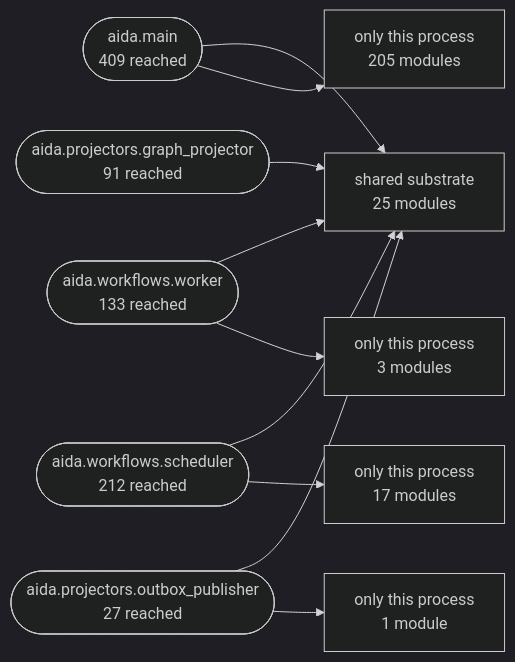
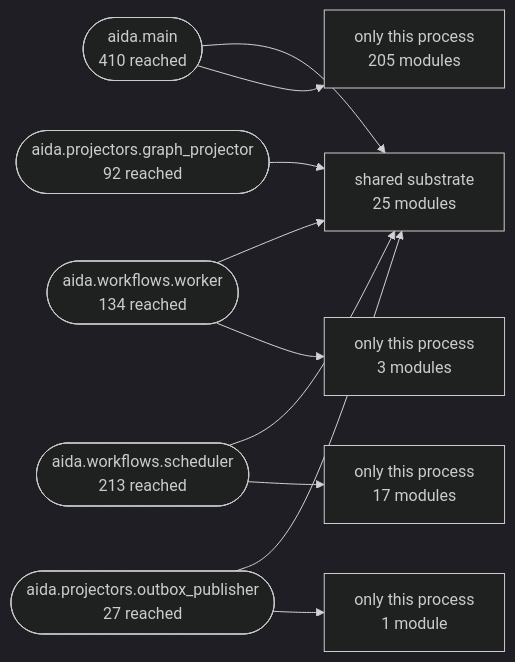
The second of 3 diagrams in Docs/10-architecture/14-generated-architecture-map.md (karuppusamym/AIDataAnalyst), drawn with Mermaid (dark theme) before and after one commit. The commit also changed other lines of this file and 10 other files, not shown here.

````diff
--- a/Docs/10-architecture/14-generated-architecture-map.md
+++ b/Docs/10-architecture/14-generated-architecture-map.md
@@ -179,22 +179,22 @@
 ```mermaid
 graph LR
   shared["shared substrate<br/>25 modules"]
-  aida_main(["aida.main<br/>409 reached"])
-  aida_workflows_worker(["aida.workflows.worker<br/>133 reached"])
-  aida_workflows_scheduler(["aida.workflows.scheduler<br/>212 reached"])
-  aida_projectors_graph_projector(["aida.projectors.graph_projector<br/>91 reached"])
+  aida_main(["aida.main<br/>410 reached"])
+  aida_workflows_worker(["aida.workflows.worker<br/>134 reached"])
+  aida_workflows_scheduler(["aida.workflows.scheduler<br/>213 reached"])
+  aida_projectors_graph_projector(["aida.projectors.graph_projector<br/>92 reached"])
   aida_projectors_outbox_publisher(["aida.projectors.outbox_publisher<br/>27 reached"])
   aida_main --> shared
   only_aida_main["only this process<br/>205 modules"]
   aida_main --> only_aida_main
   aida_workflows_worker --> shared
   only_aida_workflows_worker["only this process<br/>3 modules"]
   aida_workflows_worker --> only_aida_workflows_worker
   aida_workflows_scheduler --> shared
   only_aida_workflows_scheduler["only this process<br/>17 modules"]
   aida_workflows_scheduler --> only_aida_workflows_scheduler
   aida_projectors_graph_projector --> shared
   aida_projectors_outbox_publisher --> shared
   only_aida_projectors_outbox_publisher["only this process<br/>1 module"]
   aida_projectors_outbox_publisher --> only_aida_projectors_outbox_publisher
 ```
````
